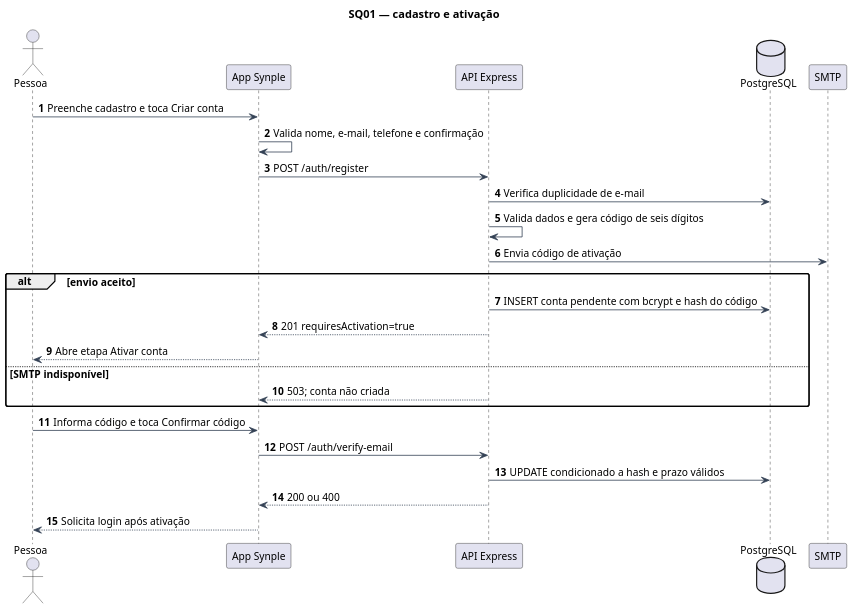
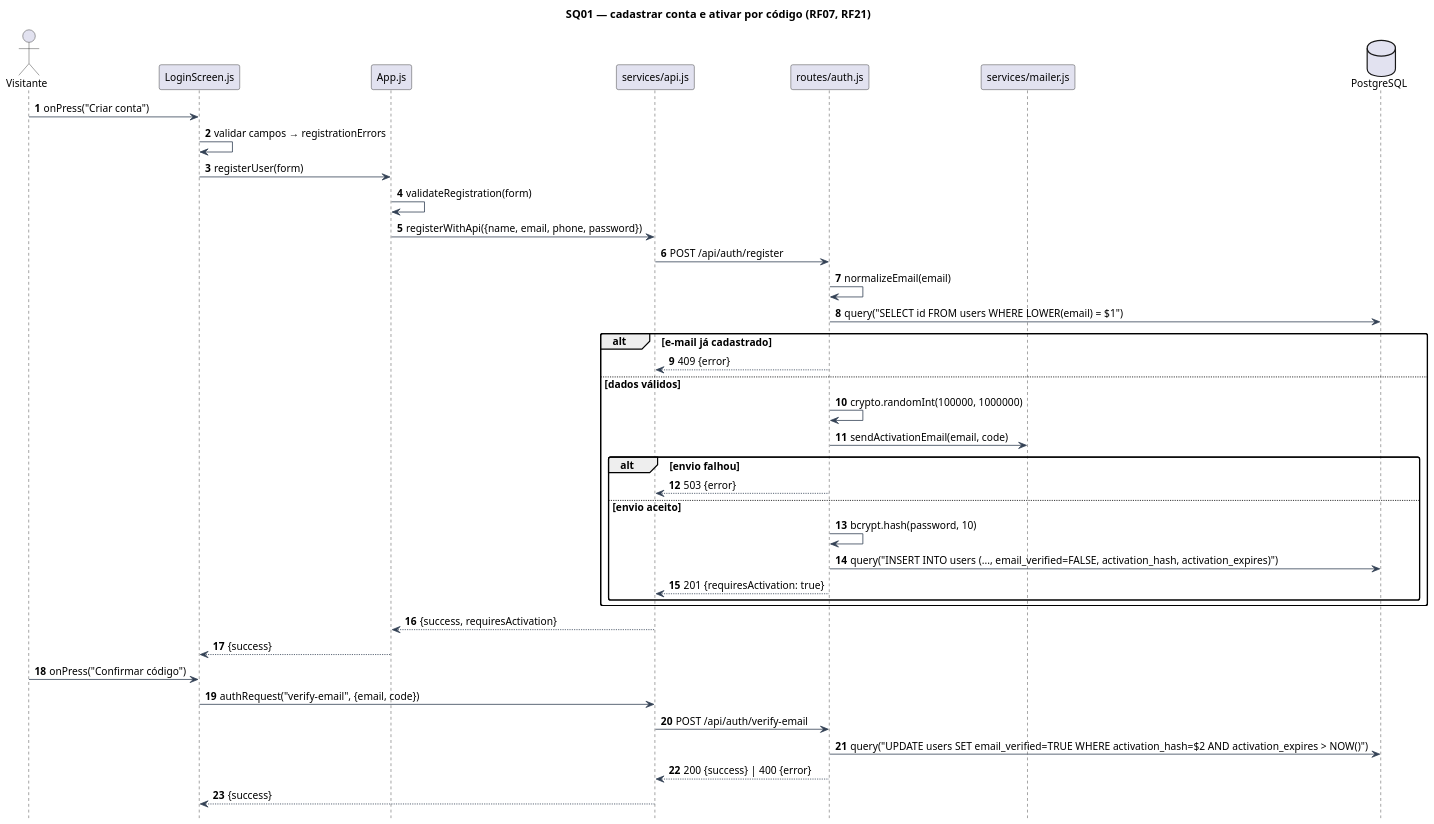
Before and after one commit to skzun/BRTPDS2: the diagram in docs/Diagramas/ENTREGA_DEFINITIVA/fontes/seq-cadastro.puml, drawn with PlantUML. The commit also changed 45 other files, not shown here.

First line of the commit message:
Corrige diagramas e documentação do Incremento 3

```diff
--- a/docs/Diagramas/ENTREGA_DEFINITIVA/fontes/seq-cadastro.puml
+++ b/docs/Diagramas/ENTREGA_DEFINITIVA/fontes/seq-cadastro.puml
@@ -1,37 +1,50 @@
 @startuml
 !pragma layout smetana
 skinparam backgroundColor white
 skinparam shadowing false
 skinparam defaultFontName SansSerif
 skinparam defaultFontSize 13
 skinparam ArrowColor #334155
-skinparam packageStyle rectangle
-skinparam classAttributeIconSize 0
 skinparam roundcorner 5
 skinparam dpi 130
-title SQ01 — cadastro e ativação
+skinparam sequenceMessageAlign left
+hide footbox
 autonumber
-actor Pessoa
-participant "App Synple" as App
-participant "API Express" as API
-database PostgreSQL as DB
-participant SMTP
-Pessoa -> App : Preenche cadastro e toca Criar conta
-App -> App : Valida nome, e-mail, telefone e confirmação
-App -> API : POST /auth/register
-API -> DB : Verifica duplicidade de e-mail
-API -> API : Valida dados e gera código de seis dígitos
-API -> SMTP : Envia código de ativação
-alt envio aceito
- API -> DB : INSERT conta pendente com bcrypt e hash do código
- API --> App : 201 requiresActivation=true
- App --> Pessoa : Abre etapa Ativar conta
-else SMTP indisponível
- API --> App : 503; conta não criada
+title SQ01 — cadastrar conta e ativar por código (RF07, RF21)
+actor Visitante as V
+participant "LoginScreen.js" as UI
+participant "App.js" as App
+participant "services/api.js" as Api
+participant "routes/auth.js" as Auth
+participant "services/mailer.js" as Mail
+database "PostgreSQL" as DB
+V -> UI : onPress("Criar conta")
+UI -> UI : validar campos → registrationErrors
+UI -> App : registerUser(form)
+App -> App : validateRegistration(form)
+App -> Api : registerWithApi({name, email, phone, password})
+Api -> Auth : POST /api/auth/register
+Auth -> Auth : normalizeEmail(email)
+Auth -> DB : query("SELECT id FROM users WHERE LOWER(email) = $1")
+alt e-mail já cadastrado
+ Auth --> Api : 409 {error}
+else dados válidos
+ Auth -> Auth : crypto.randomInt(100000, 1000000)
+ Auth -> Mail : sendActivationEmail(email, code)
+ alt envio falhou
+  Auth --> Api : 503 {error}
+ else envio aceito
+  Auth -> Auth : bcrypt.hash(password, 10)
+  Auth -> DB : query("INSERT INTO users (..., email_verified=FALSE, activation_hash, activation_expires)")
+  Auth --> Api : 201 {requiresActivation: true}
+ end
 end
-Pessoa -> App : Informa código e toca Confirmar código
-App -> API : POST /auth/verify-email
-API -> DB : UPDATE condicionado a hash e prazo válidos
-API --> App : 200 ou 400
-App --> Pessoa : Solicita login após ativação
+Api --> App : {success, requiresActivation}
+App --> UI : {success}
+V -> UI : onPress("Confirmar código")
+UI -> Api : authRequest("verify-email", {email, code})
+Api -> Auth : POST /api/auth/verify-email
+Auth -> DB : query("UPDATE users SET email_verified=TRUE WHERE activation_hash=$2 AND activation_expires > NOW()")
+Auth --> Api : 200 {success} | 400 {error}
+Api --> UI : {success}
 @enduml
```
